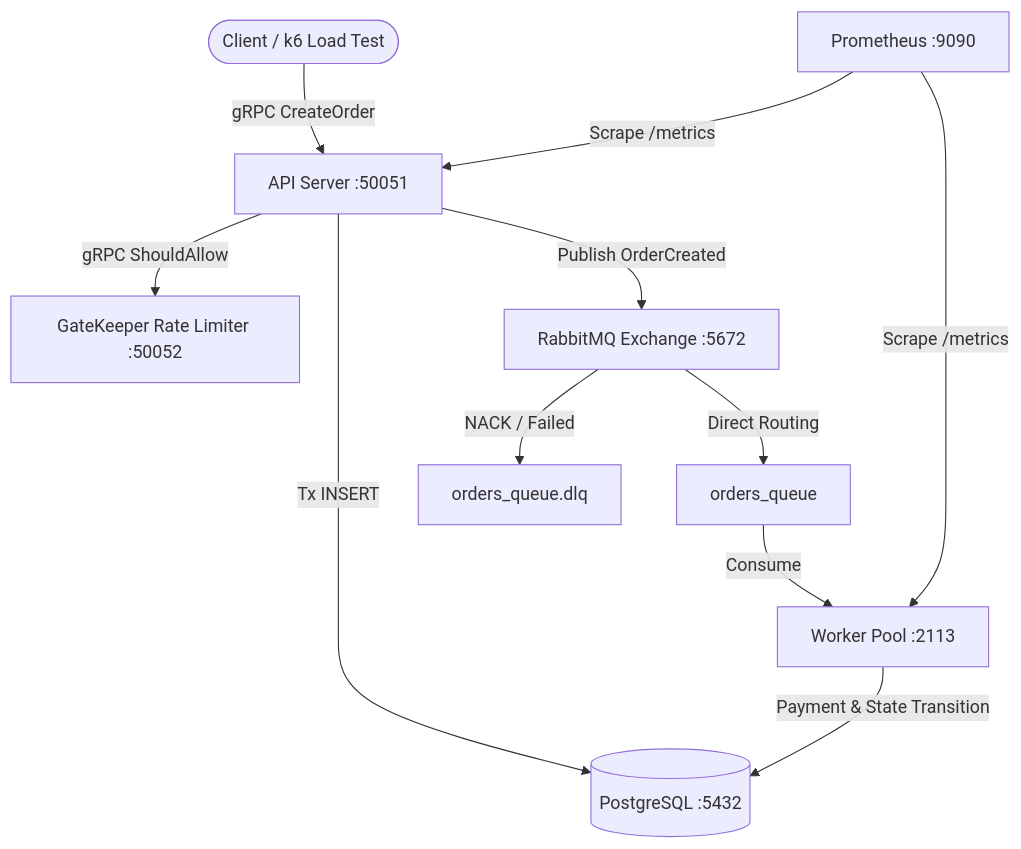
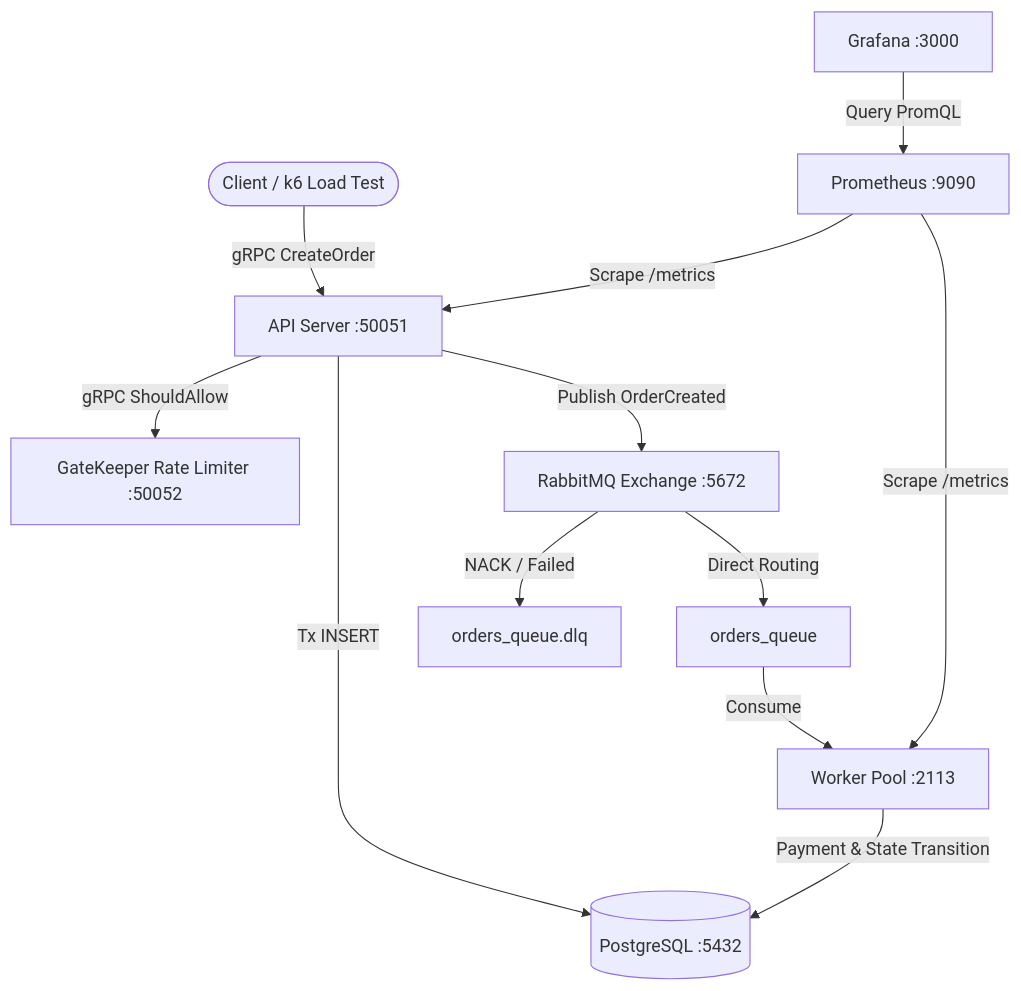
The diagram in README.md (arthkinq/order-flow-engine), drawn with Mermaid before and after one commit. The commit also changed other lines of this file and 4 other files, not shown here.

````diff
--- a/README.md
+++ b/README.md
@@ -9,16 +9,17 @@
 ```mermaid
 flowchart TD
     Client([Client / k6 Load Test]) -->|gRPC CreateOrder| API[API Server :50051]
     API -->|gRPC ShouldAllow| GK[GateKeeper Rate Limiter :50052]
     API -->|Tx INSERT| DB[(PostgreSQL :5432)]
     API -->|Publish OrderCreated| RMQ[RabbitMQ Exchange :5672]
     
     RMQ -->|Direct Routing| MQ[orders_queue]
     RMQ -->|NACK / Failed| DLQ[orders_queue.dlq]
     
     MQ -->|Consume| WP[Worker Pool :2113]
     WP -->|Payment & State Transition| DB
     
     PROM[Prometheus :9090] -->|Scrape /metrics| API
     PROM -->|Scrape /metrics| WP
+    GRAF[Grafana :3000] -->|Query PromQL| PROM
 ```
````
